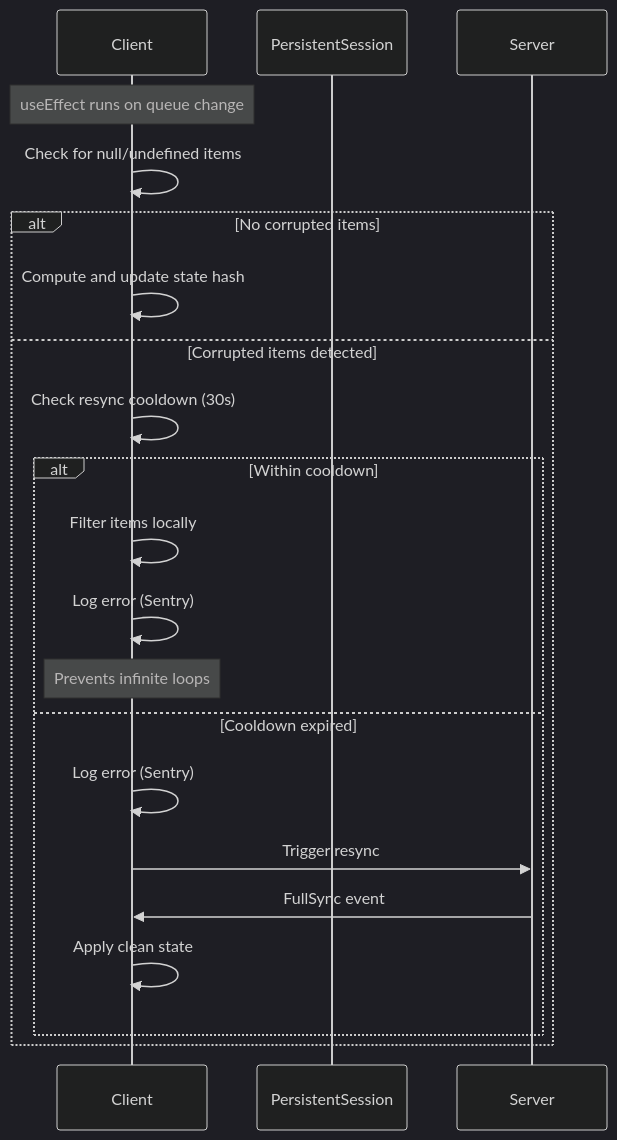
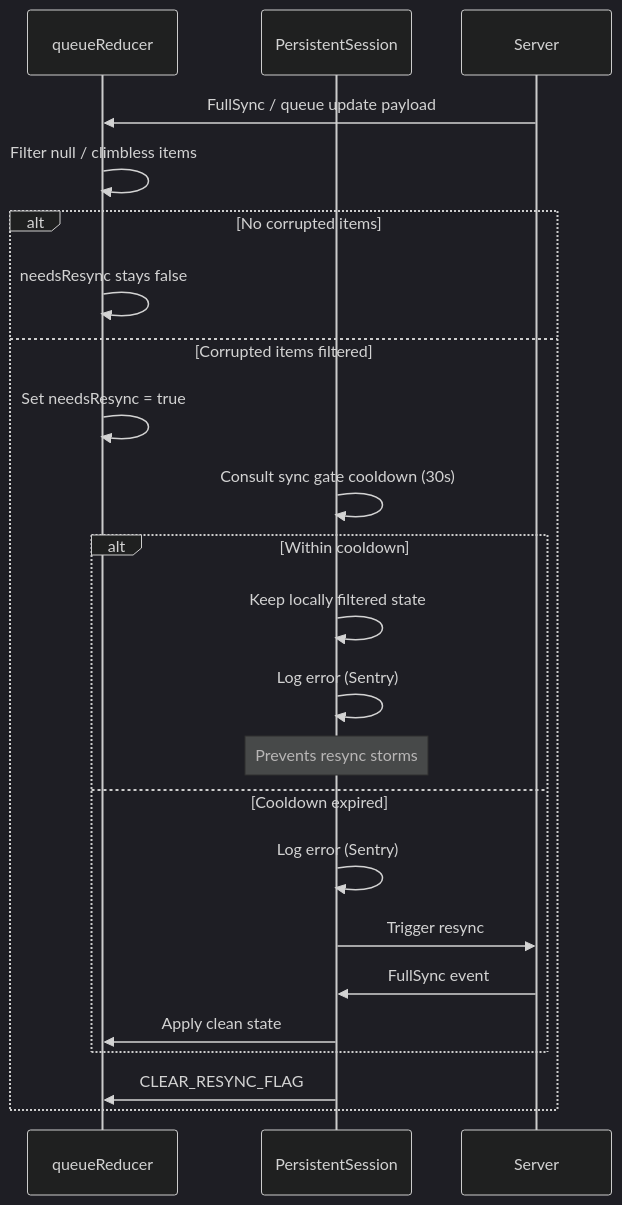
Before and after one commit to LucVermeer/board-analysis: diagram 12 of 14 in docs/websocket-implementation.md, drawn with Mermaid (dark theme). The commit also changed other lines of this file and 10 other files, not shown here.

Commit message:
refactor(web): drive persistent-session queue state through the shared reducer and sync gate (#3361)

````diff
--- a/docs/websocket-implementation.md
+++ b/docs/websocket-implementation.md
@@ -1023,27 +1036,28 @@
 ```mermaid
 sequenceDiagram
-    participant C as Client
+    participant R as queueReducer
     participant PS as PersistentSession
     participant S as Server
 
-    Note over C: useEffect runs on queue change
-
-    C->>C: Check for null/undefined items
+    S->>R: FullSync / queue update payload
+    R->>R: Filter null / climbless items
 
     alt No corrupted items
-        C->>C: Compute and update state hash
-    else Corrupted items detected
-        C->>C: Check resync cooldown (30s)
+        R->>R: needsResync stays false
+    else Corrupted items filtered
+        R->>R: Set needsResync = true
+        PS->>PS: Consult sync gate cooldown (30s)
 
         alt Within cooldown
-            C->>C: Filter items locally
-            C->>C: Log error (Sentry)
-            Note over C: Prevents infinite loops
+            PS->>PS: Keep locally filtered state
+            PS->>PS: Log error (Sentry)
+            Note over PS: Prevents resync storms
         else Cooldown expired
-            C->>C: Log error (Sentry)
-            C->>S: Trigger resync
-            S->>C: FullSync event
-            C->>C: Apply clean state
+            PS->>PS: Log error (Sentry)
+            PS->>S: Trigger resync
+            S->>PS: FullSync event
+            PS->>R: Apply clean state
         end
+        PS->>R: CLEAR_RESYNC_FLAG
     end
 ```
````
